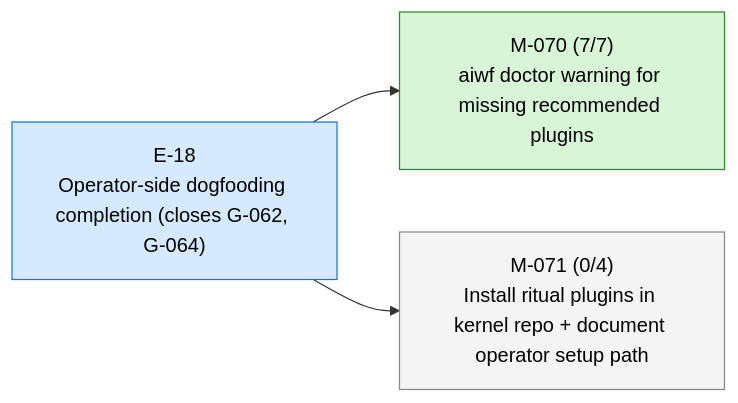
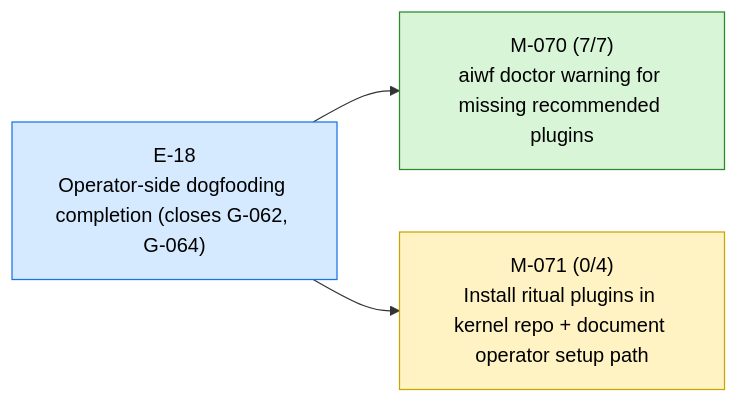
One commit to 23min/aiwf changed the first of 3 diagrams in STATUS.md. Above: the diagram before and after it, drawn with Mermaid. The commit also changed other lines of this file and 1 other file, not shown here.

First line of the commit message:
aiwf promote M-071 draft -> in_progress

````diff
--- a/STATUS.md
+++ b/STATUS.md
@@ -12,14 +12,14 @@
 ```mermaid
 flowchart LR
   E_18["E-18<br/>Operator-side dogfooding completion (closes G-062, G-064)"]:::epic_active
   M_070["M-070 (7/7)<br/>aiwf doctor warning for missing recommended plugins"]:::ms_done
   E_18 --> M_070
-  M_071["M-071 (0/4)<br/>Install ritual plugins in kernel repo + document operator setup path"]:::ms_draft
+  M_071["M-071 (0/4)<br/>Install ritual plugins in kernel repo + document operator setup path"]:::ms_in_progress
   E_18 --> M_071
   classDef epic_active fill:#d6eaff,stroke:#1a73e8,color:#000
   classDef epic_proposed fill:#f4f4f4,stroke:#888,color:#000
   classDef ms_done fill:#d8f5d8,stroke:#2a8a2a,color:#000
   classDef ms_in_progress fill:#fff3c4,stroke:#caa400,color:#000
   classDef ms_draft fill:#f4f4f4,stroke:#888,color:#000
   classDef ms_cancelled fill:#fbeaea,stroke:#c33,color:#000
 ```
````
